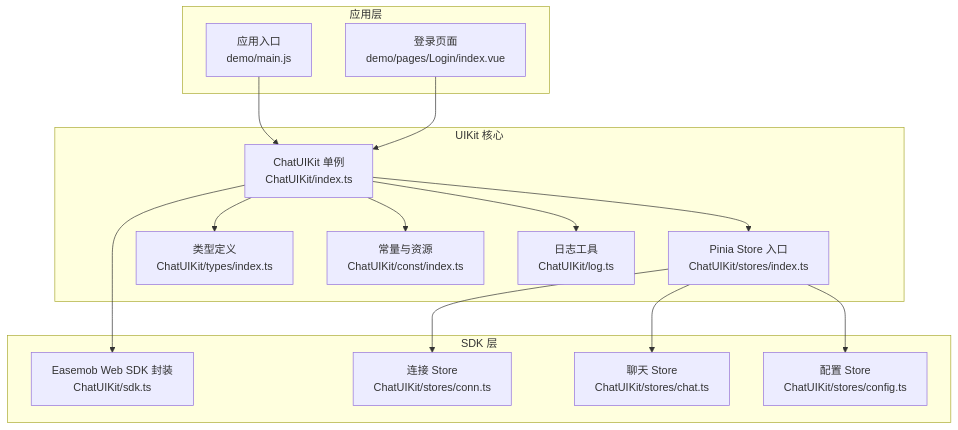
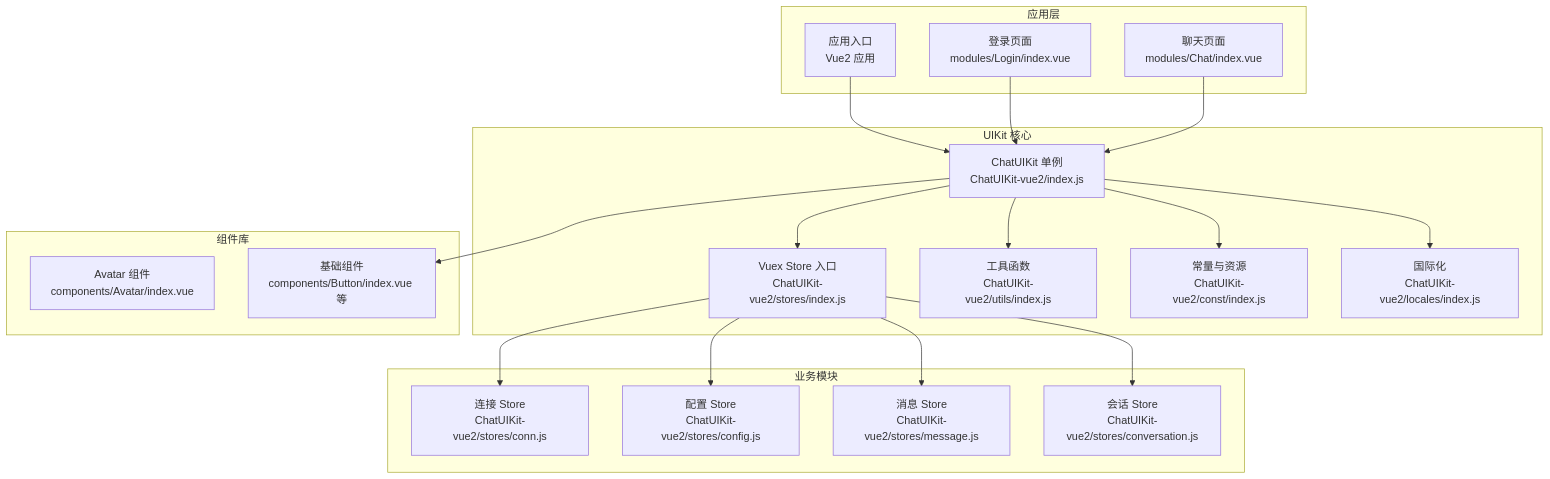
The first of 8 diagrams in .qoder/repowiki/zh/content/API参考/API参考.md (Easemob-Community/easemob-uikit-uniapp-community), drawn with Mermaid before and after one commit. The commit also changed other lines of this file and 14 other files, not shown here.

First line of the commit message:
docs(vue2): 添加平台兼容性说明，强调仅支持 H5/App/微信小程序

````diff
--- a/.qoder/repowiki/zh/content/API参考/API参考.md
+++ b/.qoder/repowiki/zh/content/API参考/API参考.md
@@ -45,30 +43,37 @@
 ```mermaid
 graph TB
 subgraph "应用层"
-App["应用入口<br/>demo/main.js"]
-Login["登录页面<br/>demo/pages/Login/index.vue"]
+App["应用入口<br/>Vue2 应用"]
+Login["登录页面<br/>modules/Login/index.vue"]
+Chat["聊天页面<br/>modules/Chat/index.vue"]
 end
 subgraph "UIKit 核心"
-ChatUIKit["ChatUIKit 单例<br/>ChatUIKit/index.ts"]
-Stores["Pinia Store 入口<br/>ChatUIKit/stores/index.ts"]
-Types["类型定义<br/>ChatUIKit/types/index.ts"]
-Const["常量与资源<br/>ChatUIKit/const/index.ts"]
-Log["日志工具<br/>ChatUIKit/log.ts"]
+ChatUIKit["ChatUIKit 单例<br/>ChatUIKit-vue2/index.js"]
+Stores["Vuex Store 入口<br/>ChatUIKit-vue2/stores/index.js"]
+Utils["工具函数<br/>ChatUIKit-vue2/utils/index.js"]
+Const["常量与资源<br/>ChatUIKit-vue2/const/index.js"]
+I18n["国际化<br/>ChatUIKit-vue2/locales/index.js"]
 end
-subgraph "SDK 层"
-SDK["Easemob Web SDK 封装<br/>ChatUIKit/sdk.ts"]
-ConnStore["连接 Store<br/>ChatUIKit/stores/conn.ts"]
-ChatStore["聊天 Store<br/>ChatUIKit/stores/chat.ts"]
-ConfigStore["配置 Store<br/>ChatUIKit/stores/config.ts"]
+subgraph "业务模块"
+ConnStore["连接 Store<br/>ChatUIKit-vue2/stores/conn.js"]
+ConfigStore["配置 Store<br/>ChatUIKit-vue2/stores/config.js"]
+MessageStore["消息 Store<br/>ChatUIKit-vue2/stores/message.js"]
+ConversationStore["会话 Store<br/>ChatUIKit-vue2/stores/conversation.js"]
+end
+subgraph "组件库"
+AvatarComp["Avatar 组件<br/>components/Avatar/index.vue"]
+BaseComponents["基础组件<br/>components/Button/index.vue 等"]
 end
 App --> ChatUIKit
 Login --> ChatUIKit
+Chat --> ChatUIKit
 ChatUIKit --> Stores
 Stores --> ConnStore
-Stores --> ChatStore
 Stores --> ConfigStore
-ChatUIKit --> SDK
-ChatUIKit --> Types
+Stores --> MessageStore
+Stores --> ConversationStore
+ChatUIKit --> Utils
 ChatUIKit --> Const
-ChatUIKit --> Log
+ChatUIKit --> I18n
+ChatUIKit --> BaseComponents
 ```
````
